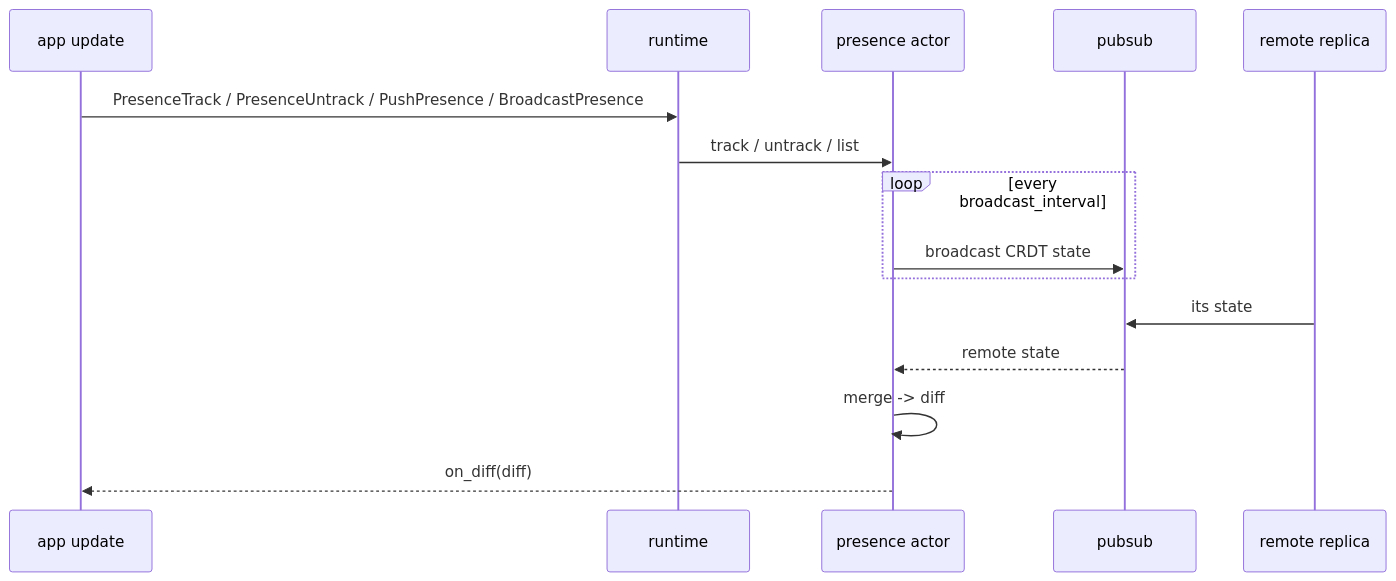
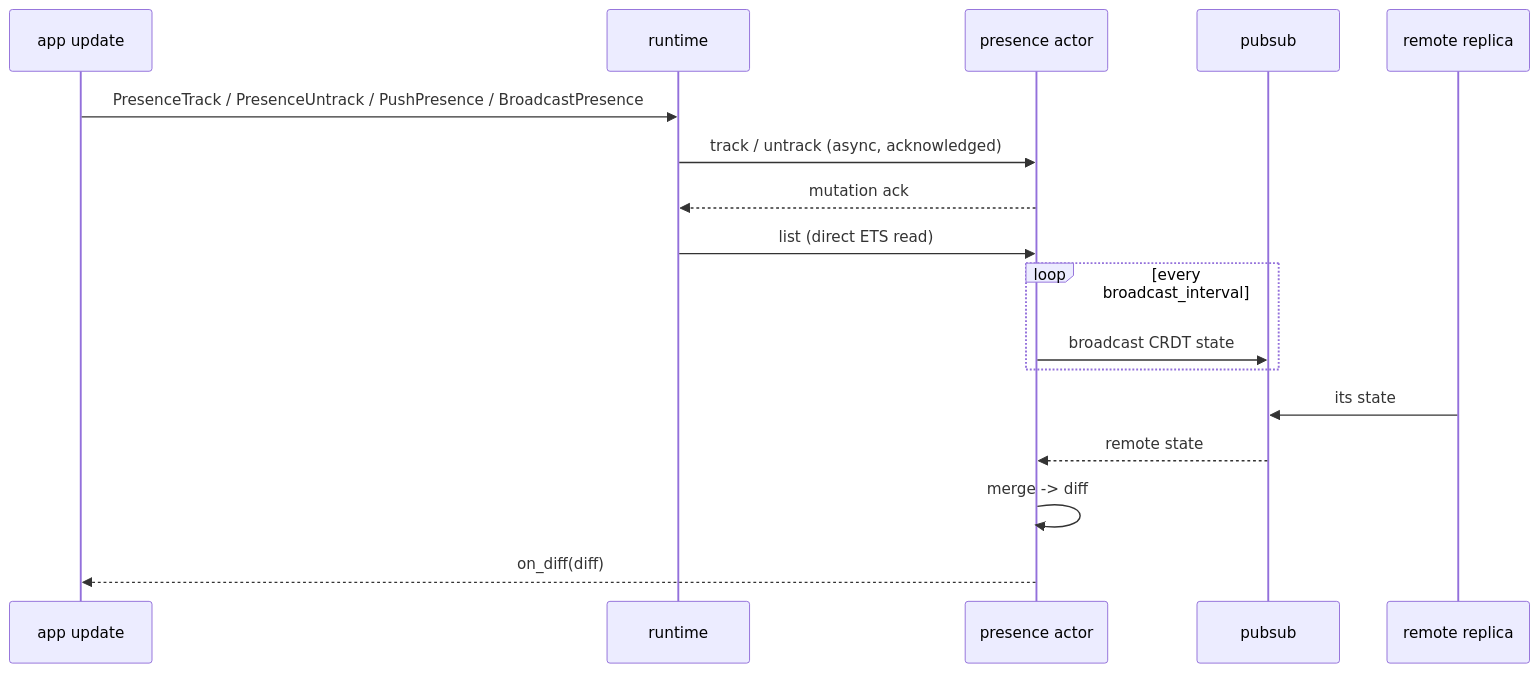
The diagram in website/src/content/docs/architecture/presence.md (tylerbutler/beryl), drawn with Mermaid before and after one commit. The commit also changed other lines of this file and 9 other files, not shown here.

````diff
--- a/website/src/content/docs/architecture/presence.md
+++ b/website/src/content/docs/architecture/presence.md
@@ -80,17 +82,19 @@
 ```mermaid
 sequenceDiagram
   participant App as app update
   participant Runtime as runtime
   participant Pres as presence actor
   participant PS as pubsub
   participant Remote as remote replica
   App->>Runtime: PresenceTrack / PresenceUntrack / PushPresence / BroadcastPresence
-  Runtime->>Pres: track / untrack / list
+  Runtime->>Pres: track / untrack (async, acknowledged)
+  Pres-->>Runtime: mutation ack
+  Runtime->>Pres: list (direct ETS read)
   loop every broadcast_interval
     Pres->>PS: broadcast CRDT state
   end
   Remote->>PS: its state
   PS-->>Pres: remote state
   Pres->>Pres: merge -> diff
   Pres-->>App: on_diff(diff)
 ```
````
